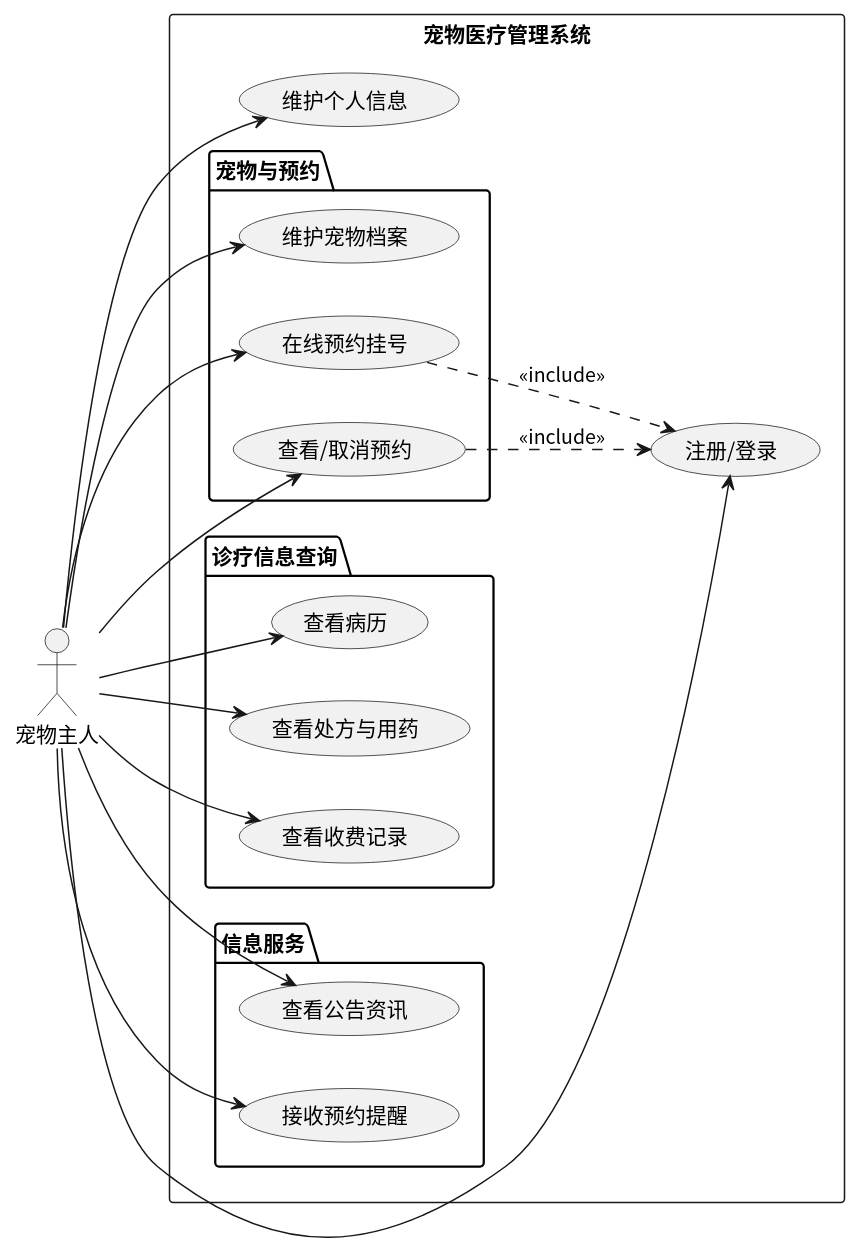
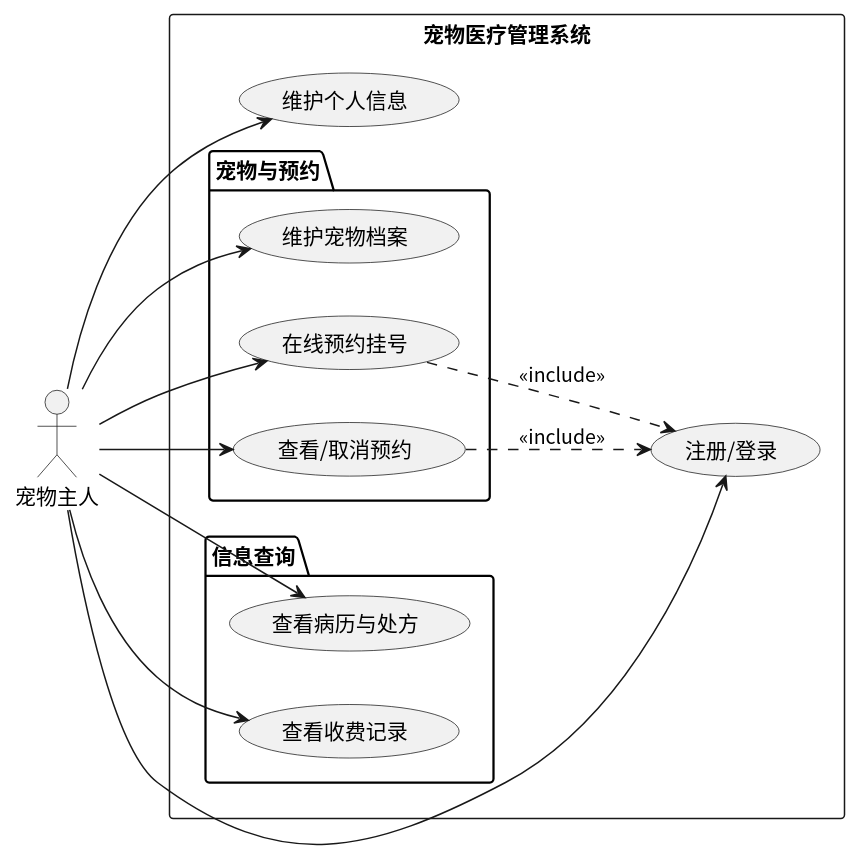
One commit to esneighbour9/Pet-Medical-Management changed the diagram in docs/02-需求分析/图表源文件/图4-宠物主人用例图.puml. Above: the diagram before and after it, drawn with PlantUML. The commit also changed 13 other files, not shown here.

Commit message:
refactor(需求): 功能范围收敛为六模块，同步更新需求说明书、图表、开题报告与答辩材料

```diff
--- a/docs/02-需求分析/图表源文件/图4-宠物主人用例图.puml
+++ b/docs/02-需求分析/图表源文件/图4-宠物主人用例图.puml
@@ -1,44 +1,35 @@
 @startuml
-' 图4 宠物主人用例图
+' 图4 宠物主人用例图（六模块）
 left to right direction
 skinparam shadowing false
 skinparam defaultFontName "Noto Sans CJK SC"
 
 actor "宠物主人" as Owner
 
 rectangle "宠物医疗管理系统" {
   usecase "注册/登录" as O0
   usecase "维护个人信息" as O1
 
   package "宠物与预约" {
     usecase "维护宠物档案" as P1
     usecase "在线预约挂号" as P2
     usecase "查看/取消预约" as P3
   }
 
-  package "诊疗信息查询" {
-    usecase "查看病历" as Q1
-    usecase "查看处方与用药" as Q2
-    usecase "查看收费记录" as Q3
-  }
-
-  package "信息服务" {
-    usecase "查看公告资讯" as R1
-    usecase "接收预约提醒" as R2
+  package "信息查询" {
+    usecase "查看病历与处方" as Q1
+    usecase "查看收费记录" as Q2
   }
 }
 
 Owner --> O0
 Owner --> O1
 Owner --> P1
 Owner --> P2
 Owner --> P3
 Owner --> Q1
 Owner --> Q2
-Owner --> Q3
-Owner --> R1
-Owner --> R2
 
 P2 ..> O0 : <<include>>
 P3 ..> O0 : <<include>>
 @enduml
```
